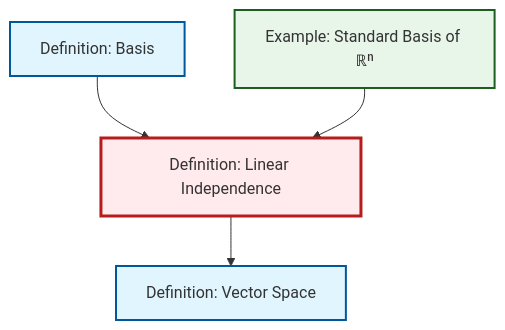
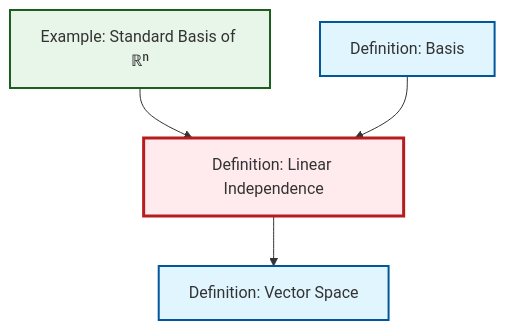
One commit to RK0429/ModernMath changed the diagram in content/ja/algebra/def-linear-independence.qmd. Above: the diagram before and after it, drawn with Mermaid. The commit also changed other lines of this file and 554 other files, not shown here.

````diff
--- a/content/ja/algebra/def-linear-independence.qmd
+++ b/content/ja/algebra/def-linear-independence.qmd
@@ -46,20 +46,20 @@
 ```{mermaid}
 %%| fig-cap: "Local dependency graph"
 graph TD
     classDef definition fill:#e1f5fe,stroke:#01579b,stroke-width:2px
     classDef theorem fill:#f3e5f5,stroke:#4a148c,stroke-width:2px
     classDef axiom fill:#fff3e0,stroke:#e65100,stroke-width:2px
     classDef example fill:#e8f5e9,stroke:#1b5e20,stroke-width:2px
     classDef current fill:#ffebee,stroke:#b71c1c,stroke-width:3px
+    ex-standard-basis-rn["Example: Standard Basis of ℝⁿ"]:::example
+    def-basis["Definition: Basis"]:::definition
     def-vector-space["Definition: Vector Space"]:::definition
-    ex-standard-basis-rn["Example: Standard Basis of ℝⁿ"]:::example
     def-linear-independence["Definition: Linear Independence"]:::definition
-    def-basis["Definition: Basis"]:::definition
+    def-linear-independence --> def-vector-space
+    ex-standard-basis-rn --> def-linear-independence
     def-basis --> def-linear-independence
-    ex-standard-basis-rn --> def-linear-independence
-    def-linear-independence --> def-vector-space
     class def-linear-independence current
-    click def-vector-space "def-vector-space.html" "Definition: Vector Spaceへ"
     click ex-standard-basis-rn "ex-standard-basis-rn.html" "Example: Standard Basis of ℝⁿへ"
     click def-basis "def-basis.html" "Definition: Basisへ"
+    click def-vector-space "def-vector-space.html" "Definition: Vector Spaceへ"
 ```
````
